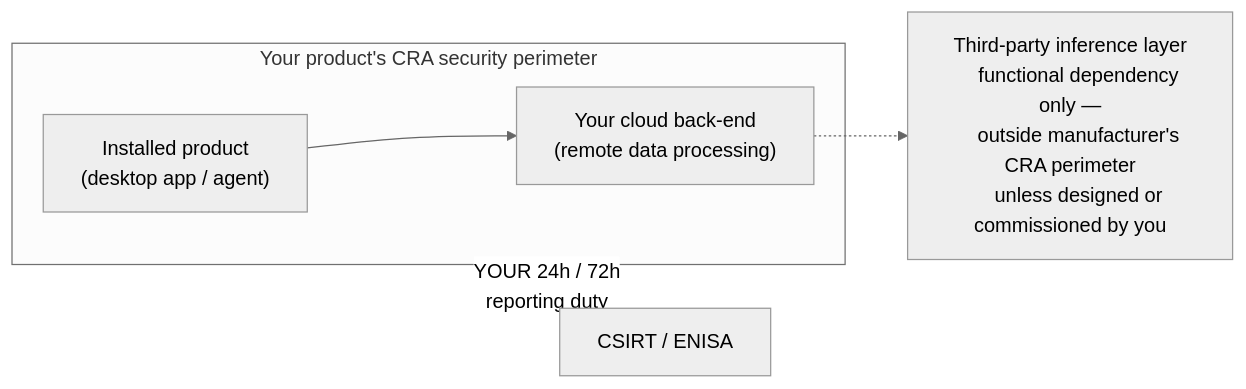
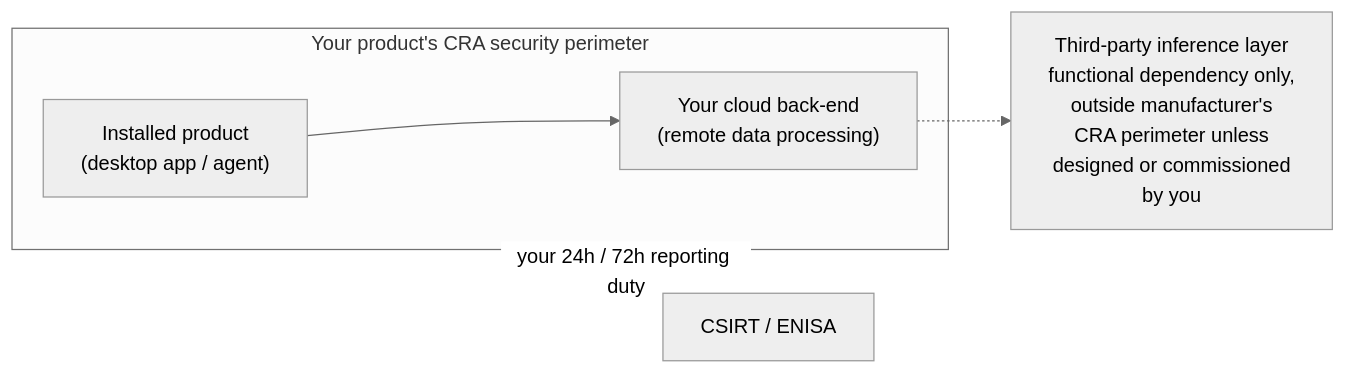
The second of 2 diagrams in _posts/2026-08-02-who-answers-to-the-regulator-ai-act-cra-trust-boundary.md (subodhpatil/suubodhpatil.github.io), drawn with Mermaid (neutral theme) before and after one commit.

Commit message:
Fix CRA diagram: prevent label clipping and node text truncation

````diff
--- a/_posts/2026-08-02-who-answers-to-the-regulator-ai-act-cra-trust-boundary.md
+++ b/_posts/2026-08-02-who-answers-to-the-regulator-ai-act-cra-trust-boundary.md
@@ -178,17 +178,18 @@
 ```mermaid
 flowchart LR
     subgraph PERIM["Your product's CRA security perimeter"]
         PROD["Installed product
         (desktop app / agent)"]
         BE["Your cloud back-end
         (remote data processing)"]
         PROD --> BE
     end
     INF["Third-party inference layer
-    functional dependency only —
-    outside manufacturer's CRA perimeter
-    unless designed or commissioned by you"]
+    functional dependency only,
+    outside manufacturer's
+    CRA perimeter unless
+    designed or commissioned
+    by you"]
     BE -.-> INF
-    PERIM ==>|"YOUR 24h / 72h
-    reporting duty"| REG["CSIRT / ENISA"]
+    PERIM ==>|"your 24h / 72h reporting duty"| REG["CSIRT / ENISA"]
 ```
````
